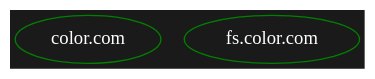
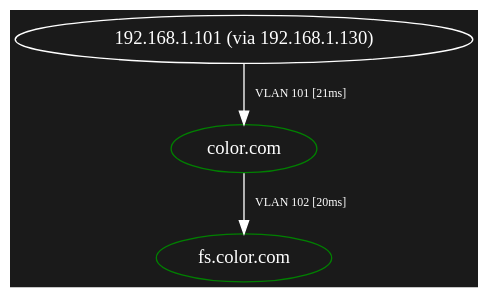
Before and after one commit to GyulyVGC/nullnet-grpc: the diagram in graph.dot, drawn with Graphviz. The commit also changed 2 other files, not shown here.

```diff
--- a/graph.dot
+++ b/graph.dot
@@ -1,9 +1,11 @@
 digraph G {
 	bgcolor=grey10;
 	node [color=white, fontcolor=white];
 	edge [color=white, fontcolor=white, fontsize=9, labelangle=180, labeldistance=0.8];
 
 	"color.com" [style=solid, color=green];
+	"192.168.1.101 (via 192.168.1.130)" -> "color.com" [label="VLAN 101 [21ms]"];
 
 	"fs.color.com" [style=solid, color=green];
+	"color.com" -> "fs.color.com" [label="VLAN 102 [20ms]"];
 }
```
